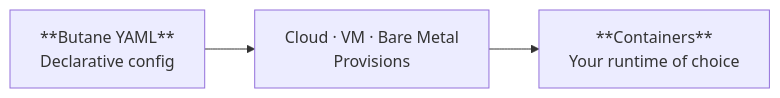
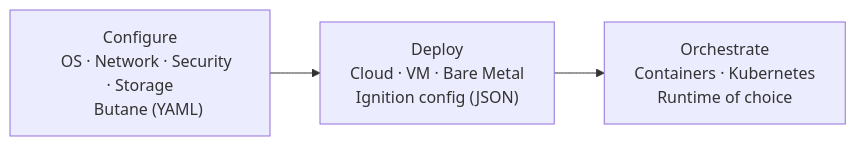
The diagram in content/docs/latest/getting-started/_index.md (flatcar/flatcar-website), drawn with Mermaid before and after one commit. The commit also changed other lines of this file, not shown here.

Commit message:
mermaid and misc tweaks

````diff
--- a/content/docs/latest/getting-started/_index.md
+++ b/content/docs/latest/getting-started/_index.md
@@ -22,7 +23,10 @@
 ```mermaid
 flowchart LR
-    A["**Butane YAML**
-    Declarative config"] --> B["Cloud · VM · Bare Metal
-    Provisions"] --> C["**Containers**
-    Your runtime of choice"]
+    A["Configure
+    OS · Network · Security · Storage
+    Butane (YAML)"] --> B["Deploy
+    Cloud · VM · Bare Metal
+    Ignition config (JSON)"] --> C["Orchestrate
+    Containers · Kubernetes
+    Runtime of choice"]
 ```
````
